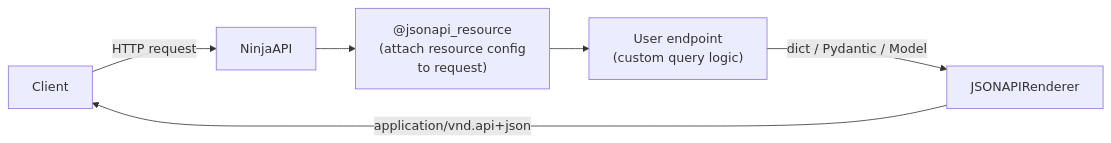
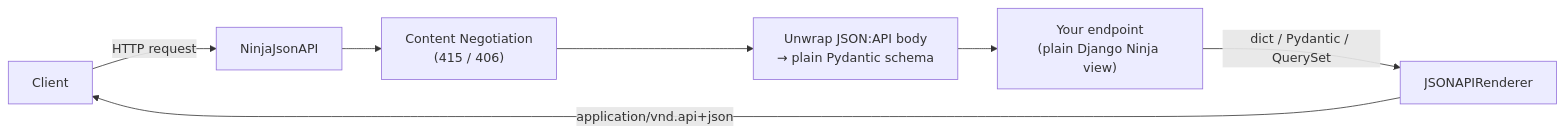
One commit to IgnaceMaes/django-ninja-jsonapi changed the diagram in README.md. Above: the diagram before and after it, drawn with Mermaid. The commit also changed other lines of this file and 16 other files, not shown here.

````diff
--- a/README.md
+++ b/README.md
@@ -174,8 +152,9 @@
 ```mermaid
 flowchart LR
-    Client -->|HTTP request| NinjaAPI
-    NinjaAPI --> Decorator["@jsonapi_resource\n(attach resource config\nto request)"]
-    Decorator --> Endpoint["User endpoint\n(custom query logic)"]
-    Endpoint -->|"dict / Pydantic / Model"| JSONAPIRenderer
+    Client -->|HTTP request| NinjaJsonAPI
+    NinjaJsonAPI --> ContentNegotiation["Content Negotiation\n(415 / 406)"]
+    ContentNegotiation --> Unwrap["Unwrap JSON:API body\n→ plain Pydantic schema"]
+    Unwrap --> Endpoint["Your endpoint\n(plain Django Ninja view)"]
+    Endpoint -->|"dict / Pydantic / QuerySet"| JSONAPIRenderer
     JSONAPIRenderer -->|"application/vnd.api+json"| Client
 ```
````
